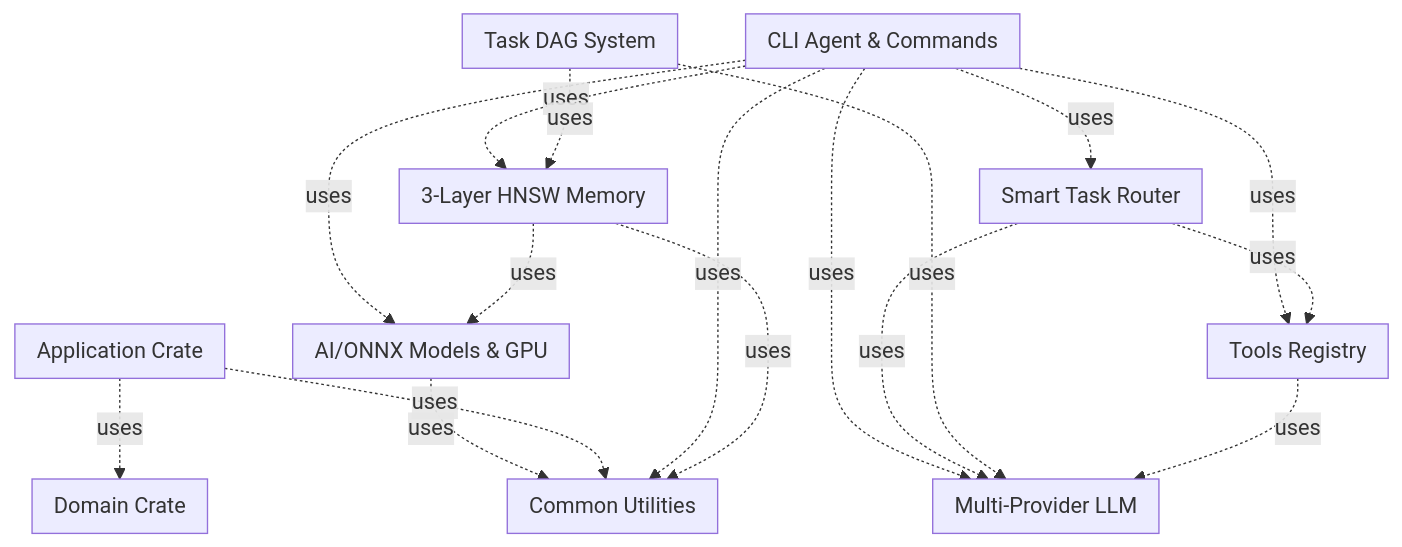
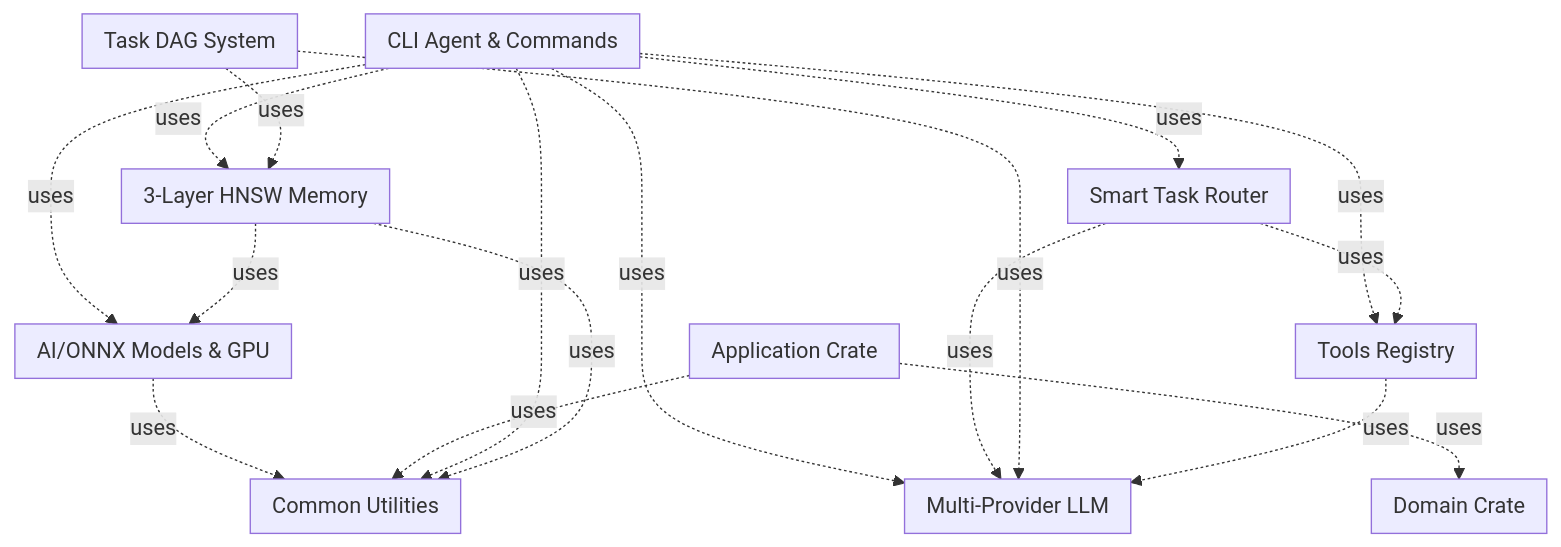
The diagram in CLAUDE.md (iMAGRAY/MAGRAY_Cli), drawn with Mermaid before and after one commit. The commit also changed other lines of this file and 37 other files, not shown here.

````diff
--- a/CLAUDE.md
+++ b/CLAUDE.md
@@ -172,57 +172,57 @@
 ```mermaid
 graph TB
 
     subgraph AI[AI/ONNX Models & GPU]
     end
 
     subgraph APPLICATION[Application Crate]
     end
 
     subgraph CLI[CLI Agent & Commands]
     end
 
     subgraph COMMON[Common Utilities]
     end
 
     subgraph DOMAIN[Domain Crate]
     end
 
     subgraph LLM[Multi-Provider LLM]
     end
 
     subgraph MEMORY[3-Layer HNSW Memory]
     end
 
     subgraph ROUTER[Smart Task Router]
     end
 
     subgraph TODO[Task DAG System]
     end
 
     subgraph TOOLS[Tools Registry]
     end
 
     %% Зависимости между крейтами
     AI -.->|uses| COMMON
     APPLICATION -.->|uses| DOMAIN
     APPLICATION -.->|uses| COMMON
+    CLI -.->|uses| ROUTER
+    CLI -.->|uses| MEMORY
+    CLI -.->|uses| TOOLS
     CLI -.->|uses| LLM
-    CLI -.->|uses| MEMORY
     CLI -.->|uses| AI
-    CLI -.->|uses| ROUTER
     CLI -.->|uses| COMMON
-    CLI -.->|uses| TOOLS
     MEMORY -.->|uses| AI
     MEMORY -.->|uses| COMMON
+    ROUTER -.->|uses| TOOLS
     ROUTER -.->|uses| LLM
-    ROUTER -.->|uses| TOOLS
     TODO -.->|uses| MEMORY
     TODO -.->|uses| LLM
     TOOLS -.->|uses| LLM
 
     classDef crate fill:#e3f2fd,stroke:#1976d2,stroke-width:2px
     classDef testFile fill:#ffebee,stroke:#c62828,stroke-width:1px,stroke-dasharray: 5 5
     classDef mockFile fill:#fce4ec,stroke:#ad1457,stroke-width:1px,stroke-dasharray: 3 3
     classDef exampleFile fill:#e8f5e9,stroke:#2e7d32,stroke-width:1px
     classDef problemFile fill:#ffcdd2,stroke:#d32f2f,stroke-width:2px
 ```
````
